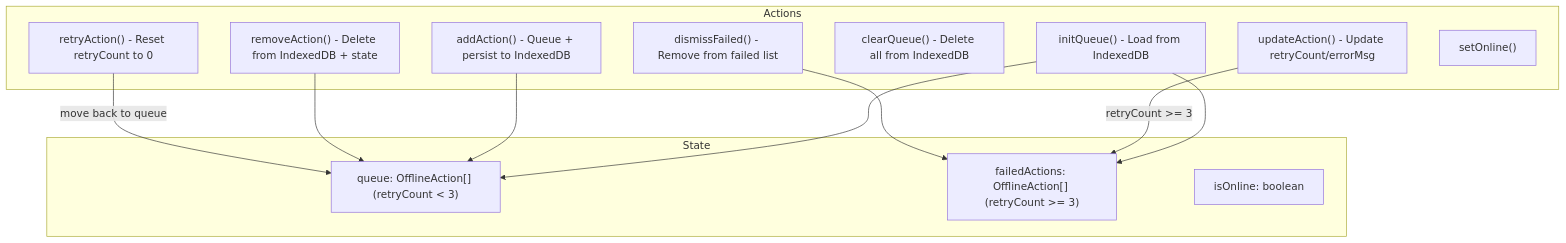
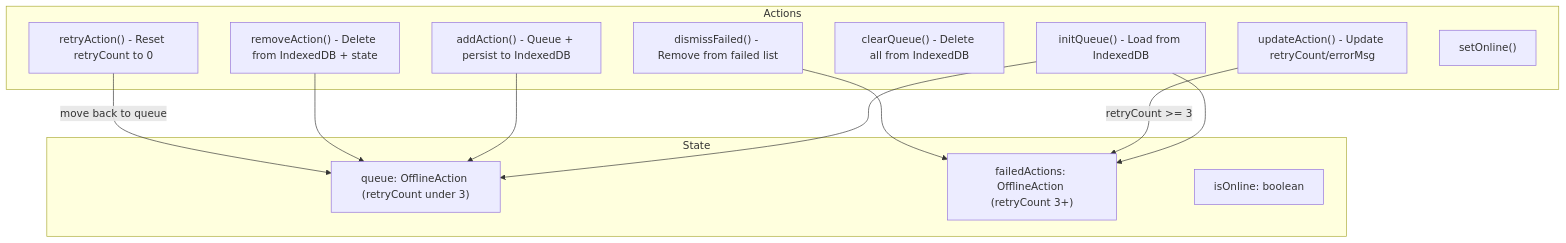
One commit to asefahmed500/Smart-Task-App_IIT_DU_Final_Project changed the fourth of 7 diagrams in docs/08-offline-queue.md. Above: the diagram before and after it, drawn with Mermaid. The commit also changed other lines of this file and 9 other files, not shown here.

Commit message:
fix: update AGENTS.md with Vercel deployment notes and additional mermaid cleanups

````diff
--- a/docs/08-offline-queue.md
+++ b/docs/08-offline-queue.md
@@ -138,27 +138,27 @@
 ```mermaid
 flowchart TD
     subgraph "State"
-        QUEUE["queue: OfflineAction[] (retryCount < 3)"]
-        FAILED["failedActions: OfflineAction[] (retryCount >= 3)"]
+        QUEUE["queue: OfflineAction (retryCount under 3)"]
+        FAILED["failedActions: OfflineAction (retryCount 3+)"]
         ONLINE["isOnline: boolean"]
     end
 
     subgraph "Actions"
         INIT["initQueue() - Load from IndexedDB"]
         ADD["addAction() - Queue + persist to IndexedDB"]
         REMOVE["removeAction() - Delete from IndexedDB + state"]
         UPDATE["updateAction() - Update retryCount/errorMsg"]
         CLEAR["clearQueue() - Delete all from IndexedDB"]
         RETRY["retryAction() - Reset retryCount to 0"]
         DISMISS["dismissFailed() - Remove from failed list"]
         SET_ONLINE["setOnline()"]
     end
 
     INIT --> QUEUE
     INIT --> FAILED
     ADD --> QUEUE
     REMOVE --> QUEUE
     UPDATE -->|"retryCount >= 3"| FAILED
     RETRY -->|"move back to queue"| QUEUE
     DISMISS --> FAILED
 ```
````
